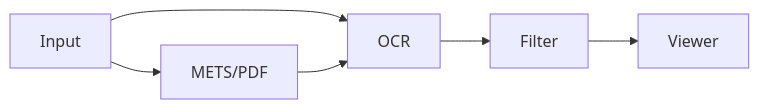
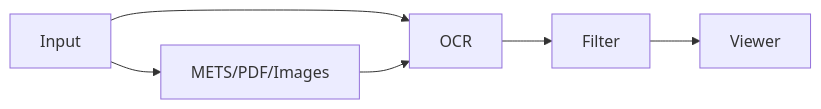
The diagram in knowledge/00-Index.md (chpollin/deepseek-ocr), drawn with Mermaid before and after one commit. The commit also changed other lines of this file and 1 other file, not shown here.

````diff
--- a/knowledge/00-Index.md
+++ b/knowledge/00-Index.md
@@ -31,8 +34,8 @@
 ```mermaid
 graph LR
     A[Input] --> B[OCR]
     B --> C[Filter]
     C --> D[Viewer]
-    A --> E[METS/PDF]
+    A --> E[METS/PDF/Images]
     E --> B
 ```
````
